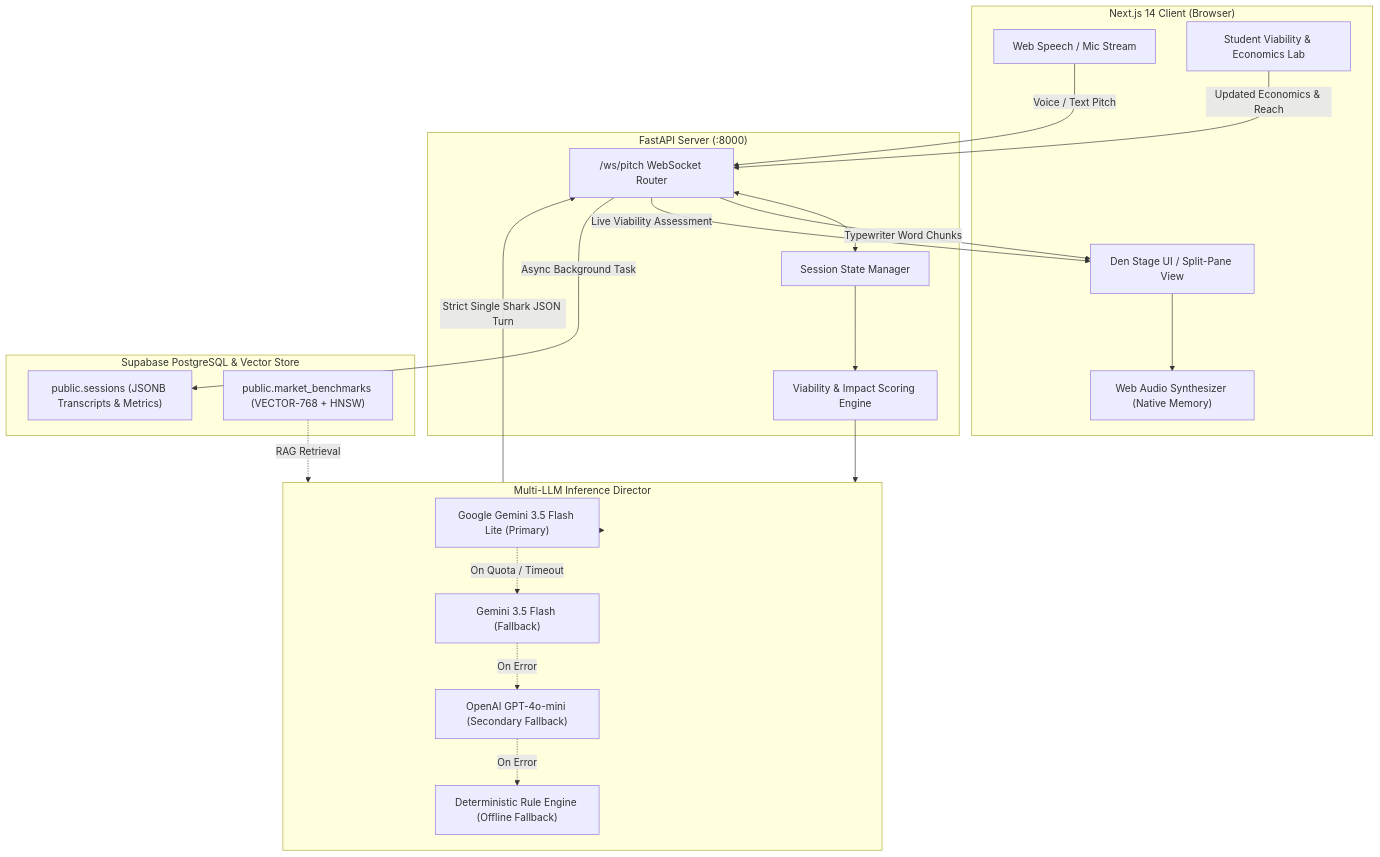
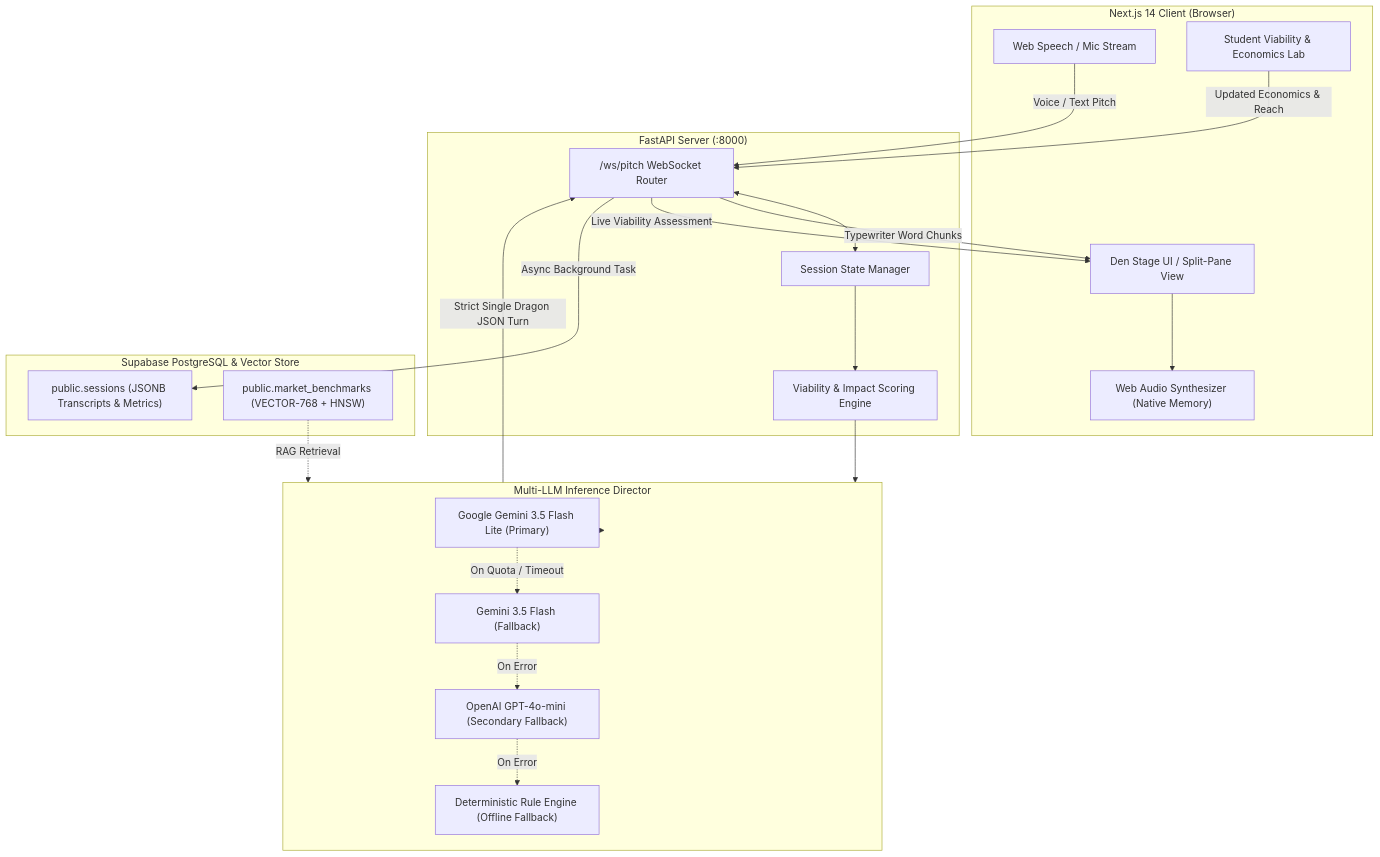
One commit to keshav-kr-agrawal/dragon_tank changed the diagram in abc.md. Above: the diagram before and after it, drawn with Mermaid. The commit also changed other lines of this file and 5 other files, not shown here.

First line of the commit message:
Give each Dragon an independent agent pipeline; remove shark wording

````diff
--- a/abc.md
+++ b/abc.md
@@ -123,45 +123,45 @@
 ```mermaid
 flowchart TD
     subgraph Client["Next.js 14 Client (Browser)"]
         UI["Den Stage UI / Split-Pane View"]
         Mic["Web Speech / Mic Stream"]
         AudioSynth["Web Audio Synthesizer (Native Memory)"]
         ViabilityLab["Student Viability & Economics Lab"]
     end
 
     subgraph Gateway["FastAPI Server (:8000)"]
         WS["/ws/pitch WebSocket Router"]
         SessionMgr["Session State Manager"]
         ViabilityEngine["Viability & Impact Scoring Engine"]
     end
 
     subgraph LLM_Router["Multi-LLM Inference Director"]
         Gemini["Google Gemini 3.5 Flash Lite (Primary)"]
         GeminiFB["Gemini 3.5 Flash (Fallback)"]
         OpenAI["OpenAI GPT-4o-mini (Secondary Fallback)"]
         RuleEngine["Deterministic Rule Engine (Offline Fallback)"]
     end
 
     subgraph Database["Supabase PostgreSQL & Vector Store"]
         SessionsTable["public.sessions (JSONB Transcripts & Metrics)"]
         BenchmarksTable["public.market_benchmarks (VECTOR-768 + HNSW)"]
     end
 
     Mic -->|Voice / Text Pitch| WS
     ViabilityLab -->|Updated Economics & Reach| WS
     WS <--> SessionMgr
     SessionMgr --> ViabilityEngine
     ViabilityEngine --> LLM_Router
 
     LLM_Router --> Gemini
     Gemini -.->|On Quota / Timeout| GeminiFB
     GeminiFB -.->|On Error| OpenAI
     OpenAI -.->|On Error| RuleEngine
 
-    LLM_Router -->|Strict Single Shark JSON Turn| WS
+    LLM_Router -->|Strict Single Dragon JSON Turn| WS
     WS -->|Typewriter Word Chunks| UI
     WS -->|Live Viability Assessment| UI
     WS -->|Async Background Task| SessionsTable
     BenchmarksTable -.->|RAG Retrieval| LLM_Router
     UI --> AudioSynth
 ```
````
